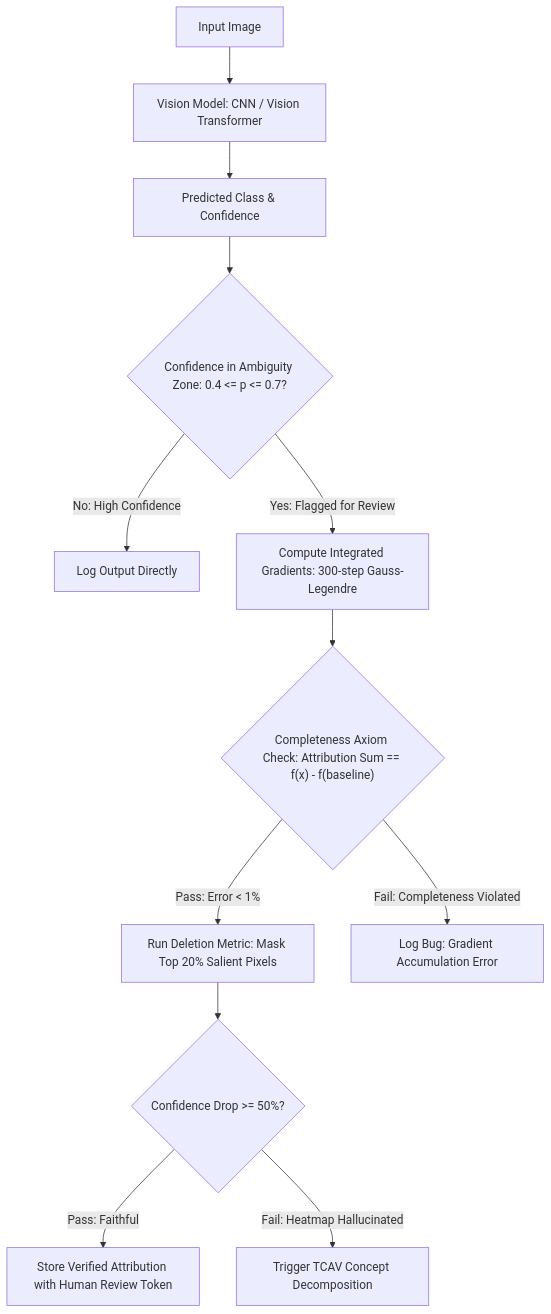
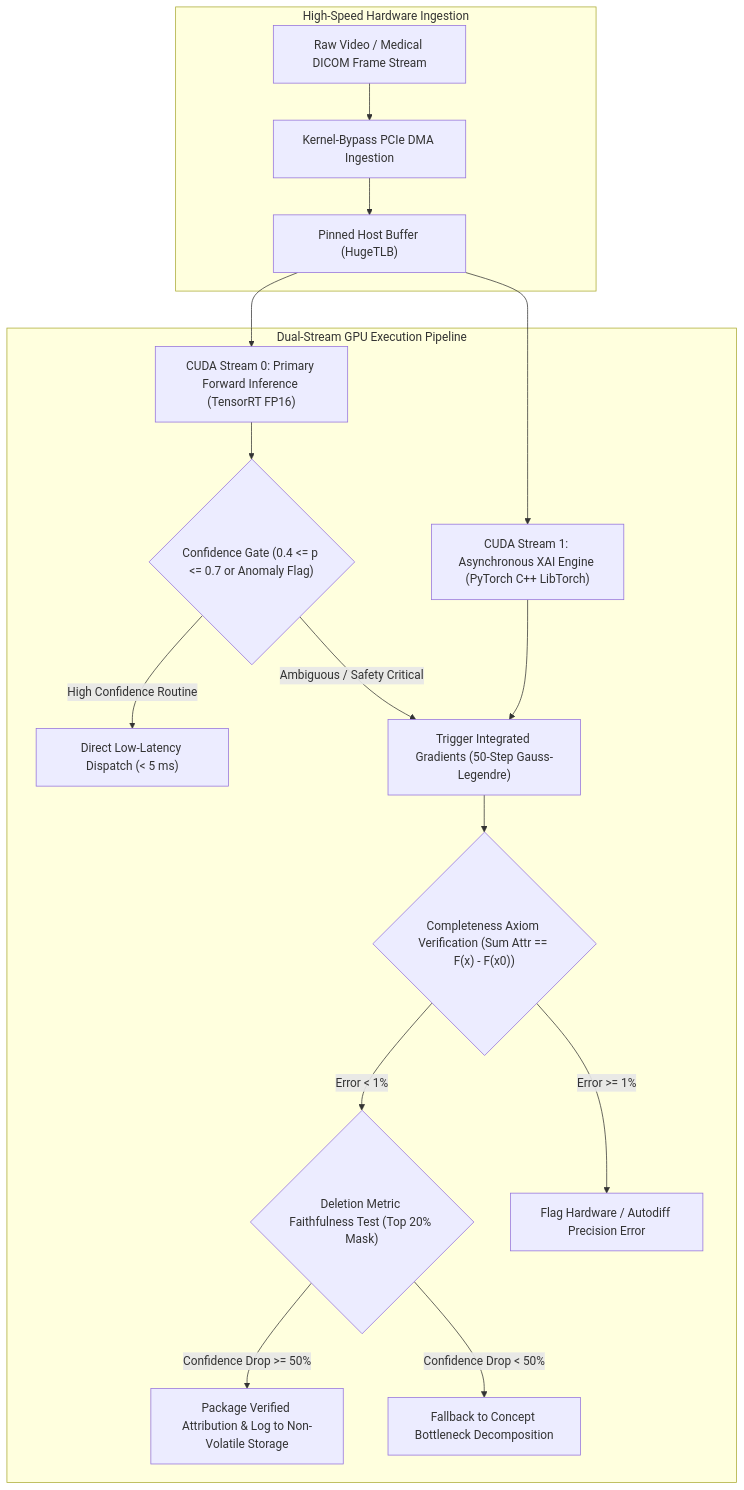
One commit to sergiomh499/cv-projects changed the diagram in topics/explainability-and-interpretability/02-production-pipeline-and-workarounds.md. Above: the diagram before and after it, drawn with Mermaid. The commit also changed other lines of this file and 41 other files, not shown here.

Commit message:
docs(vault): deep expansion across 20 topic production pipelines, 2025-2026 architectures (RF-DETR, Qwen2.5-VL, MambaVision), and complete taxonomy matrices

````diff
--- a/topics/explainability-and-interpretability/02-production-pipeline-and-workarounds.md
+++ b/topics/explainability-and-interpretability/02-production-pipeline-and-workarounds.md
@@ -21,14 +33,24 @@
 ```mermaid
 flowchart TD
-    Input["Input Image"] --> Model["Vision Model: CNN / Vision Transformer"]
-    Model --> Prediction["Predicted Class & Confidence"]
-    Prediction --> Check{"Confidence in Ambiguity Zone: 0.4 <= p <= 0.7?"}
-    Check -->|No: High Confidence| FastPath["Log Output Directly"]
-    Check -->|Yes: Flagged for Review| XAI["Compute Integrated Gradients: 300-step Gauss-Legendre"]
-    XAI --> FaithScore{"Completeness Axiom Check: Attribution Sum == f(x) - f(baseline)"}
-    FaithScore -->|Pass: Error < 1%| DeletionTest["Run Deletion Metric: Mask Top 20% Salient Pixels"]
-    DeletionTest --> DeletionCheck{"Confidence Drop >= 50%?"}
-    DeletionCheck -->|Pass: Faithful| AuditLog["Store Verified Attribution with Human Review Token"]
-    DeletionCheck -->|Fail: Heatmap Hallucinated| Fallback["Trigger TCAV Concept Decomposition"]
-    FaithScore -->|Fail: Completeness Violated| Error["Log Bug: Gradient Accumulation Error"]
+    subgraph "High-Speed Hardware Ingestion"
+        SensorFrame["Raw Video / Medical DICOM Frame Stream"] --> DMAEngine["Kernel-Bypass PCIe DMA Ingestion"]
+        DMAEngine --> PinnedHostMem["Pinned Host Buffer (HugeTLB)"]
+    end
+
+    subgraph "Dual-Stream GPU Execution Pipeline"
+        PinnedHostMem --> FastPathStream["CUDA Stream 0: Primary Forward Inference (TensorRT FP16)"]
+        PinnedHostMem --> XAIStream["CUDA Stream 1: Asynchronous XAI Engine (PyTorch C++ LibTorch)"]
+        
+        FastPathStream --> DecisionGate{"Confidence Gate (0.4 <= p <= 0.7 or Anomaly Flag)"}
+        DecisionGate -->|"High Confidence Routine"| FastOutput["Direct Low-Latency Dispatch (< 5 ms)"]
+        DecisionGate -->|"Ambiguous / Safety Critical"| TriggerXAI["Trigger Integrated Gradients (50-Step Gauss-Legendre)"]
+        
+        XAIStream --> TriggerXAI
+        TriggerXAI --> CompletenessCheck{"Completeness Axiom Verification (Sum Attr == F(x) - F(x0))"}
+        CompletenessCheck -->|"Error < 1%"| FaithfulnessGate{"Deletion Metric Faithfulness Test (Top 20% Mask)"}
+        CompletenessCheck -->|"Error >= 1%"| GradientError["Flag Hardware / Autodiff Precision Error"]
+        
+        FaithfulnessGate -->|"Confidence Drop >= 50%"| AuditPackage["Package Verified Attribution & Log to Non-Volatile Storage"]
+        FaithfulnessGate -->|"Confidence Drop < 50%"| HallucinationFallback["Fallback to Concept Bottleneck Decomposition"]
+    end
 ```
````
